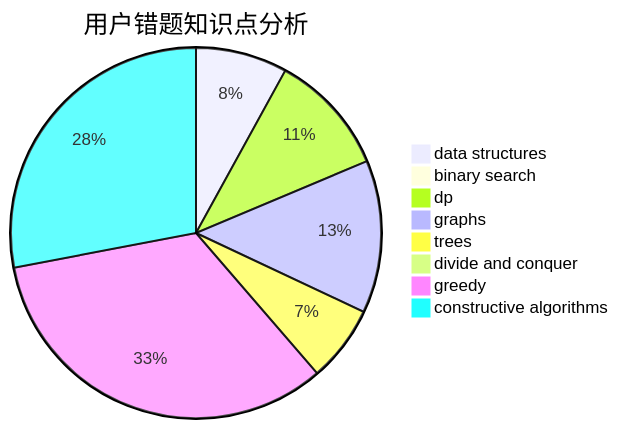
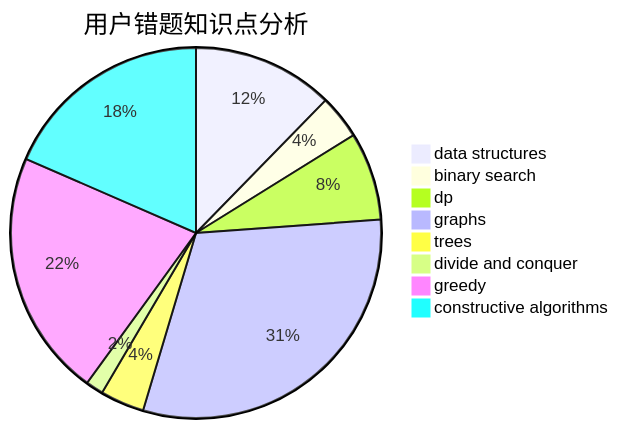
The third of 3 diagrams in docs/user/u2214.md (sherpahu/cfrs.github.io), drawn with Mermaid before and after one commit. The commit also changed other lines of this file and 2770 other files, not shown here.

````diff
--- a/docs/user/u2214.md
+++ b/docs/user/u2214.md
@@ -36,11 +36,11 @@
 ```mermaid
 pie title 用户错题知识点分析
-    "data structures" :  6
-    "binary search" :  0
-    "dp" :  8
-    "graphs" :  10
+    "data structures" :  16
+    "binary search" :  5
+    "dp" :  10
+    "graphs" :  40
     "trees" :  5
-    "divide and conquer" :  0
-    "greedy" :  25
-    "constructive algorithms" :  21
+    "divide and conquer" :  2
+    "greedy" :  28
+    "constructive algorithms" :  24
 ```
````
